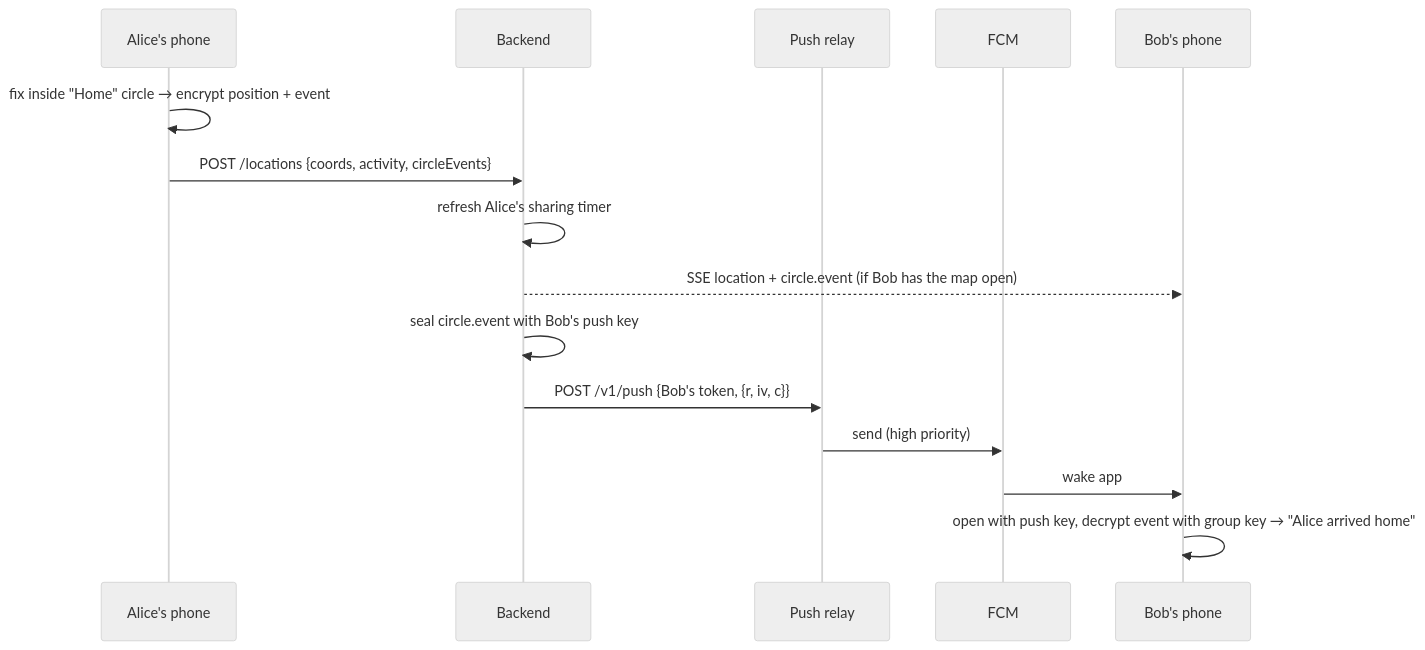
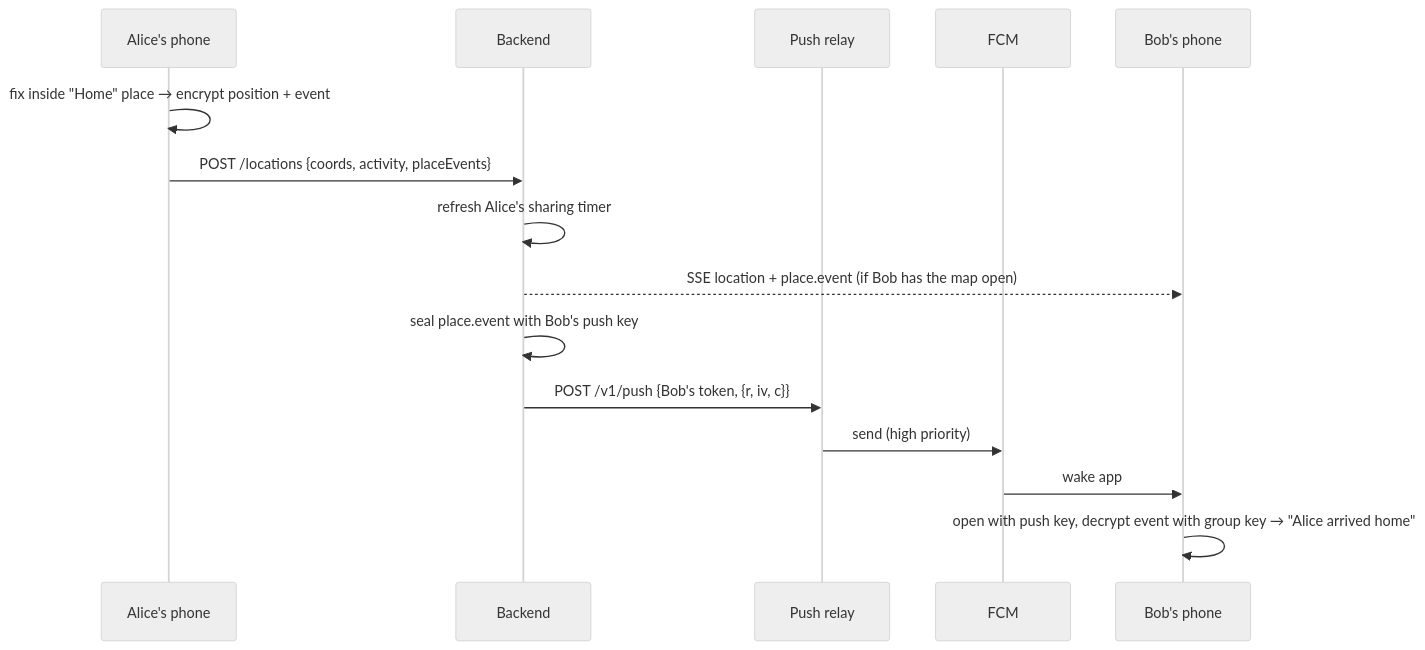
One commit to PeppeOsmio/lockate changed the second of 3 diagrams in docs/architecture.md. Above: the diagram before and after it, drawn with Mermaid (neutral theme). The commit also changed other lines of this file and 149 other files, not shown here.

````diff
--- a/docs/architecture.md
+++ b/docs/architecture.md
@@ -69,18 +69,18 @@
 ```mermaid
 sequenceDiagram
     participant A as Alice's phone
     participant BE as Backend
     participant R as Push relay
     participant F as FCM
     participant B as Bob's phone
 
-    A->>A: fix inside "Home" circle → encrypt position + event
-    A->>BE: POST /locations {coords, activity, circleEvents}
+    A->>A: fix inside "Home" place → encrypt position + event
+    A->>BE: POST /locations {coords, activity, placeEvents}
     BE->>BE: refresh Alice's sharing timer
-    BE-->>B: SSE location + circle.event (if Bob has the map open)
-    BE->>BE: seal circle.event with Bob's push key
+    BE-->>B: SSE location + place.event (if Bob has the map open)
+    BE->>BE: seal place.event with Bob's push key
     BE->>R: POST /v1/push {Bob's token, {r, iv, c}}
     R->>F: send (high priority)
     F->>B: wake app
     B->>B: open with push key, decrypt event with group key → "Alice arrived home"
 ```
````
